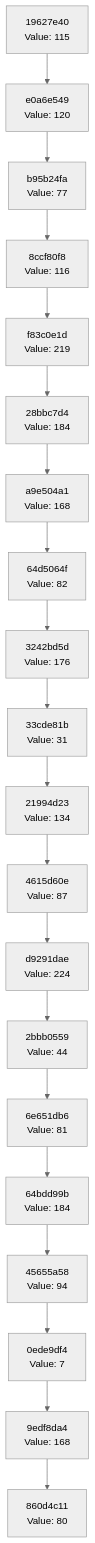
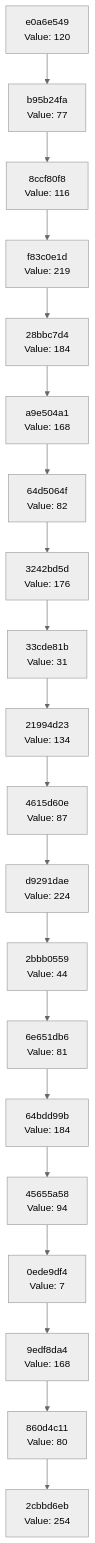
Before and after one commit to Abhisheksinha1506/hash-chain-evolver: the diagram in docs/CHAIN_VISUALIZATION.md, drawn with Mermaid (neutral theme). The commit also changed 3 other files, not shown here.

````diff
--- a/docs/CHAIN_VISUALIZATION.md
+++ b/docs/CHAIN_VISUALIZATION.md
@@ -3,42 +3,42 @@
 ```mermaid
 graph TD
-    C0["860d4c11<br/>Value: 80"]
-    C1["9edf8da4<br/>Value: 168"]
+    C0["2cbbd6eb<br/>Value: 254"]
+    C1["860d4c11<br/>Value: 80"]
     C1 --> C0
-    C2["0ede9df4<br/>Value: 7"]
+    C2["9edf8da4<br/>Value: 168"]
     C2 --> C1
-    C3["45655a58<br/>Value: 94"]
+    C3["0ede9df4<br/>Value: 7"]
     C3 --> C2
-    C4["64bdd99b<br/>Value: 184"]
+    C4["45655a58<br/>Value: 94"]
     C4 --> C3
-    C5["6e651db6<br/>Value: 81"]
+    C5["64bdd99b<br/>Value: 184"]
     C5 --> C4
-    C6["2bbb0559<br/>Value: 44"]
+    C6["6e651db6<br/>Value: 81"]
     C6 --> C5
-    C7["d9291dae<br/>Value: 224"]
+    C7["2bbb0559<br/>Value: 44"]
     C7 --> C6
-    C8["4615d60e<br/>Value: 87"]
+    C8["d9291dae<br/>Value: 224"]
     C8 --> C7
-    C9["21994d23<br/>Value: 134"]
+    C9["4615d60e<br/>Value: 87"]
     C9 --> C8
-    C10["33cde81b<br/>Value: 31"]
+    C10["21994d23<br/>Value: 134"]
     C10 --> C9
-    C11["3242bd5d<br/>Value: 176"]
+    C11["33cde81b<br/>Value: 31"]
     C11 --> C10
-    C12["64d5064f<br/>Value: 82"]
+    C12["3242bd5d<br/>Value: 176"]
     C12 --> C11
-    C13["a9e504a1<br/>Value: 168"]
+    C13["64d5064f<br/>Value: 82"]
     C13 --> C12
-    C14["28bbc7d4<br/>Value: 184"]
+    C14["a9e504a1<br/>Value: 168"]
     C14 --> C13
-    C15["f83c0e1d<br/>Value: 219"]
+    C15["28bbc7d4<br/>Value: 184"]
     C15 --> C14
-    C16["8ccf80f8<br/>Value: 116"]
+    C16["f83c0e1d<br/>Value: 219"]
     C16 --> C15
-    C17["b95b24fa<br/>Value: 77"]
+    C17["8ccf80f8<br/>Value: 116"]
     C17 --> C16
-    C18["e0a6e549<br/>Value: 120"]
+    C18["b95b24fa<br/>Value: 77"]
     C18 --> C17
-    C19["19627e40<br/>Value: 115"]
+    C19["e0a6e549<br/>Value: 120"]
     C19 --> C18
 ```
````
